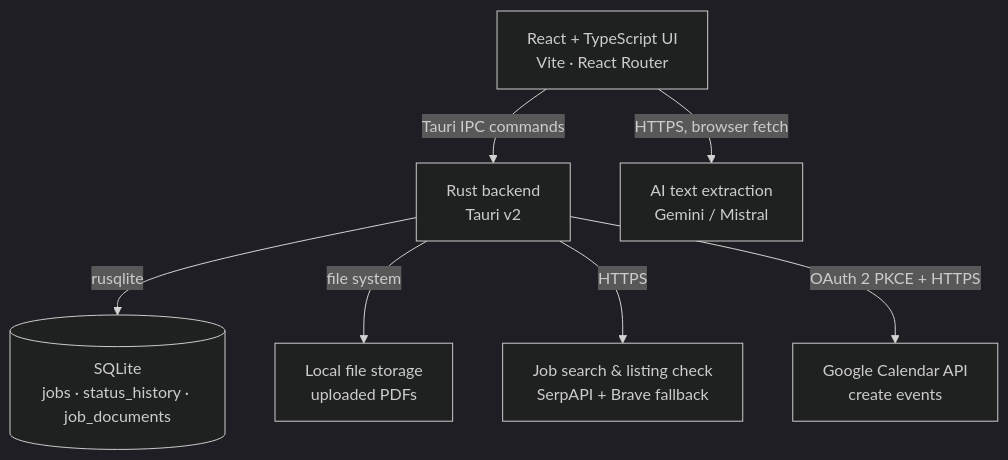
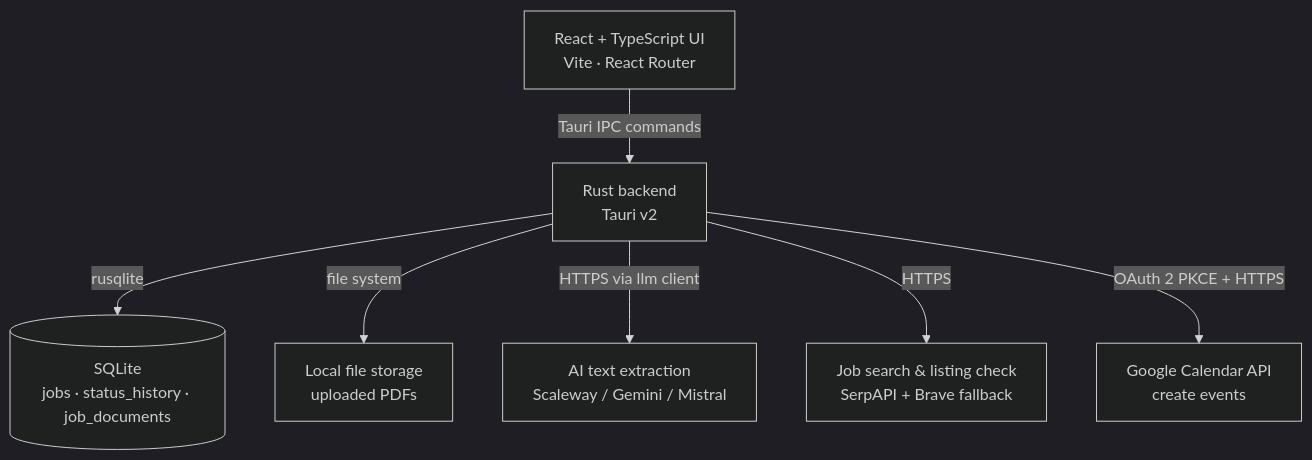
One commit to eikrad/Job-Tracker changed the second of 2 diagrams in README.md. Above: the diagram before and after it, drawn with Mermaid (dark theme). The commit also changed other lines of this file, not shown here.

First line of the commit message:
docs: document Scaleway DeepSeek as the default AI provider

````diff
--- a/README.md
+++ b/README.md
@@ -46,9 +46,9 @@
 ```mermaid
 graph TD
     UI[React + TypeScript UI<br>Vite · React Router] -->|Tauri IPC commands| RUST[Rust backend<br>Tauri v2]
     RUST -->|rusqlite| DB[(SQLite<br>jobs · status_history · job_documents)]
     RUST -->|file system| FILES[Local file storage<br>uploaded PDFs]
-    UI -->|HTTPS, browser fetch| AI[AI text extraction<br>Gemini / Mistral]
+    RUST -->|HTTPS via llm client| AI[AI text extraction<br>Scaleway / Gemini / Mistral]
     RUST -->|HTTPS| SEARCH[Job search & listing check<br>SerpAPI + Brave fallback]
     RUST -->|OAuth 2 PKCE + HTTPS| GCAL[Google Calendar API<br>create events]
 ```
````
